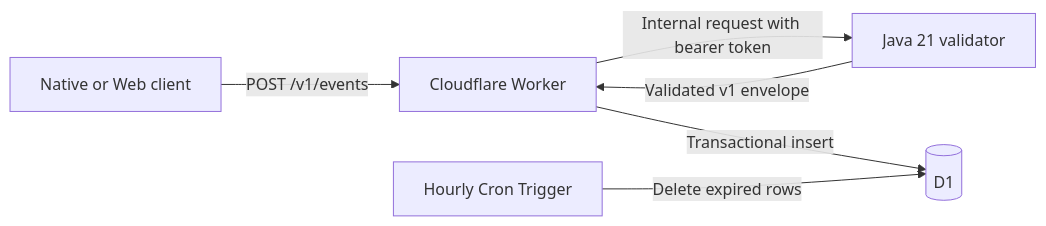
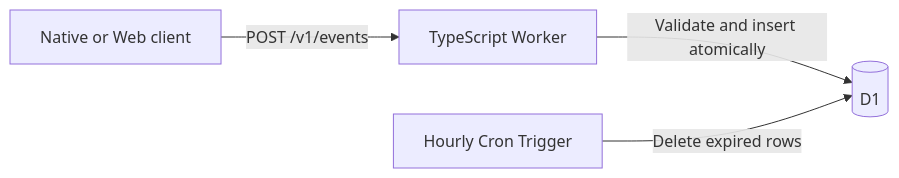
The diagram in services/telemetry/README.md (AetherKiri/Aether), drawn with Mermaid before and after one commit. The commit also changed other lines of this file and 20 other files, not shown here.

Commit message:
Deploy TypeScript telemetry directly on Cloudflare Workers

````diff
--- a/services/telemetry/README.md
+++ b/services/telemetry/README.md
@@ -5,8 +5,6 @@
 ```mermaid
 flowchart LR
-    Client[Native or Web client] -->|POST /v1/events| Edge[Cloudflare Worker]
-    Edge -->|Internal request with bearer token| Java[Java 21 validator]
-    Java -->|Validated v1 envelope| Edge
-    Edge -->|Transactional insert| D1[(D1)]
+    Client[Native or Web client] -->|POST /v1/events| Edge[TypeScript Worker]
+    Edge -->|Validate and insert atomically| D1[(D1)]
     Cron[Hourly Cron Trigger] -->|Delete expired rows| D1
 ```
````
